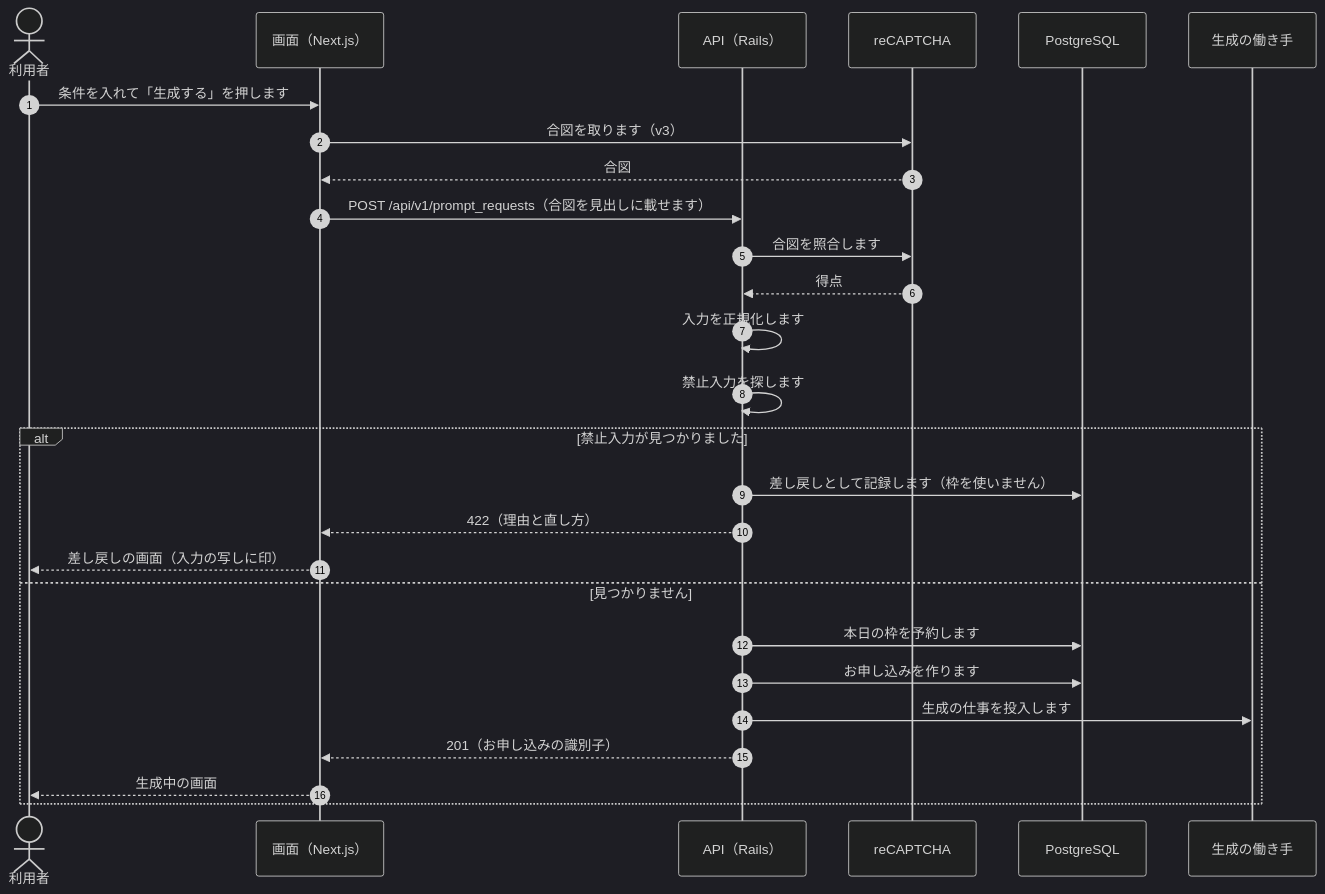
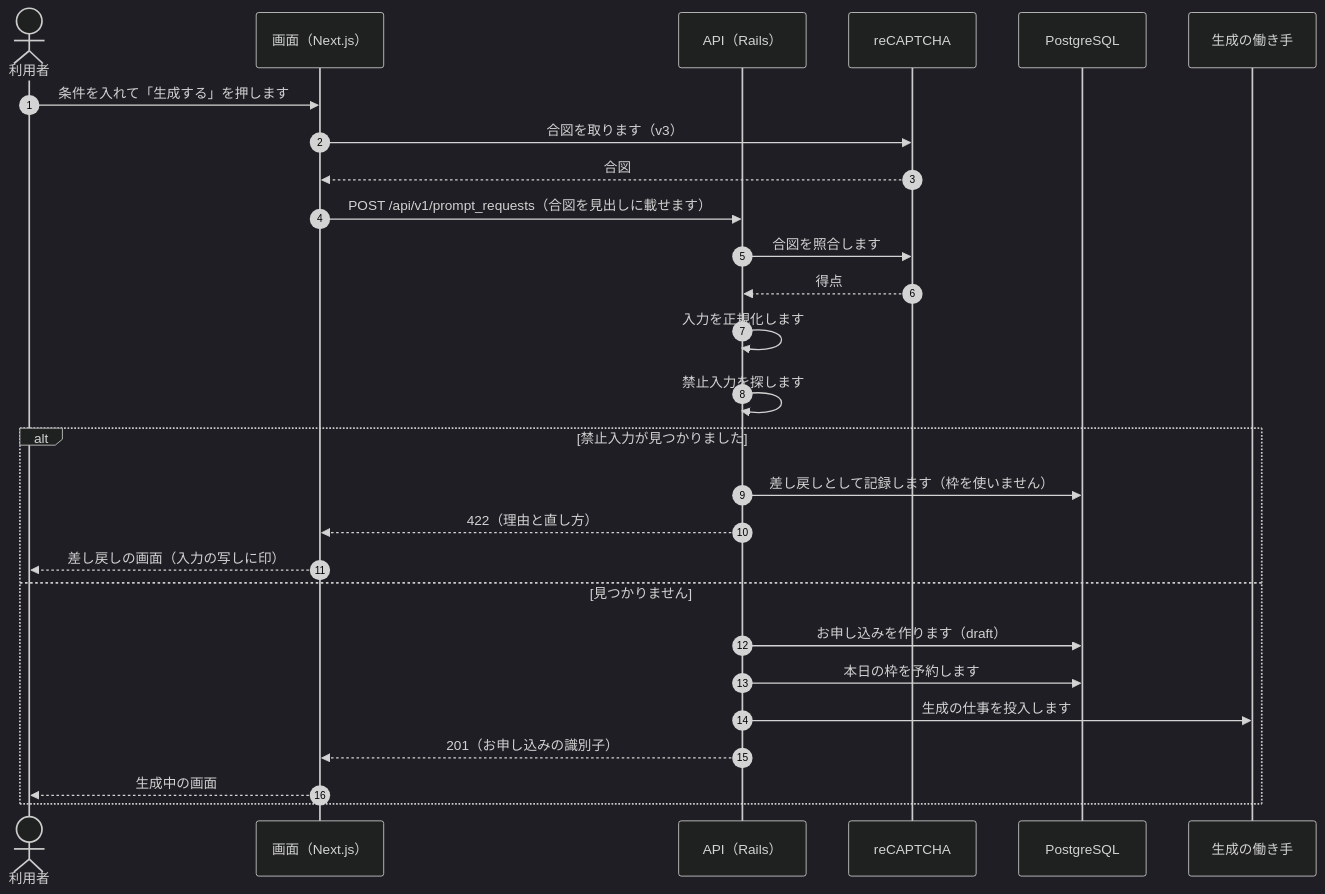
One commit to rictaworks/hero-prompt-forge changed the second of 6 diagrams in SPEC/sequence.md. Above: the diagram before and after it, drawn with Mermaid (dark theme). The commit also changed other lines of this file and 9 other files, not shown here.

````diff
--- a/SPEC/sequence.md
+++ b/SPEC/sequence.md
@@ -38,31 +38,31 @@
 ```mermaid
 sequenceDiagram
     autonumber
     actor 利用者
     participant 画面 as 画面（Next.js）
     participant API as API（Rails）
     participant Google as reCAPTCHA
     participant DB as PostgreSQL
     participant 働き手 as 生成の働き手
 
     利用者->>画面: 条件を入れて「生成する」を押します
     画面->>Google: 合図を取ります（v3）
     Google-->>画面: 合図
     画面->>API: POST /api/v1/prompt_requests（合図を見出しに載せます）
     API->>Google: 合図を照合します
     Google-->>API: 得点
     API->>API: 入力を正規化します
     API->>API: 禁止入力を探します
 
     alt 禁止入力が見つかりました
         API->>DB: 差し戻しとして記録します（枠を使いません）
         API-->>画面: 422（理由と直し方）
         画面-->>利用者: 差し戻しの画面（入力の写しに印）
     else 見つかりません
+        API->>DB: お申し込みを作ります（draft）
         API->>DB: 本日の枠を予約します
-        API->>DB: お申し込みを作ります
         API->>働き手: 生成の仕事を投入します
         API-->>画面: 201（お申し込みの識別子）
         画面-->>利用者: 生成中の画面
     end
 ```
````
